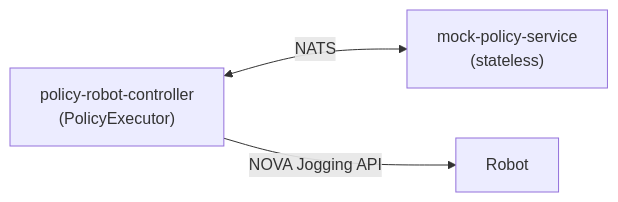
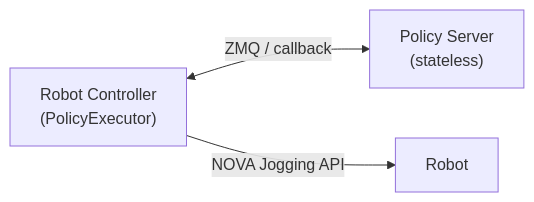
One commit to wandelbotsgmbh/wandelbots-nova changed the diagram in policy/examples/apps/README.md. Above: the diagram before and after it, drawn with Mermaid. The commit also changed other lines of this file and 88 other files, not shown here.

````diff
--- a/policy/examples/apps/README.md
+++ b/policy/examples/apps/README.md
@@ -53,9 +23,9 @@
 ```mermaid
 flowchart LR
-    Controller["policy-robot-controller\n(PolicyExecutor)"]
-    Mock["mock-policy-service\n(stateless)"]
+    Controller["Robot Controller\n(PolicyExecutor)"]
+    Policy["Policy Server\n(stateless)"]
     Robot["Robot"]
 
-    Controller <-->|"NATS"| Mock
+    Controller <-->|"ZMQ / callback"| Policy
     Controller -->|"NOVA Jogging API"| Robot
 ```
````
